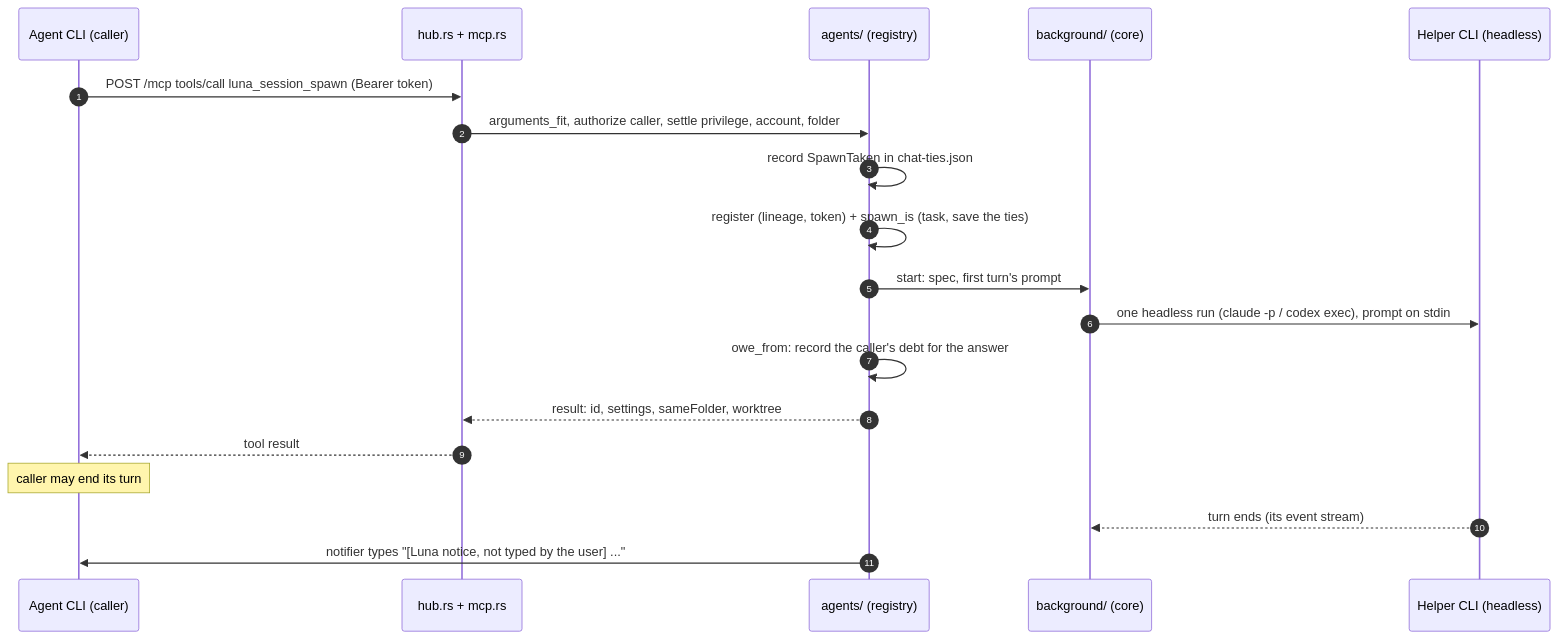
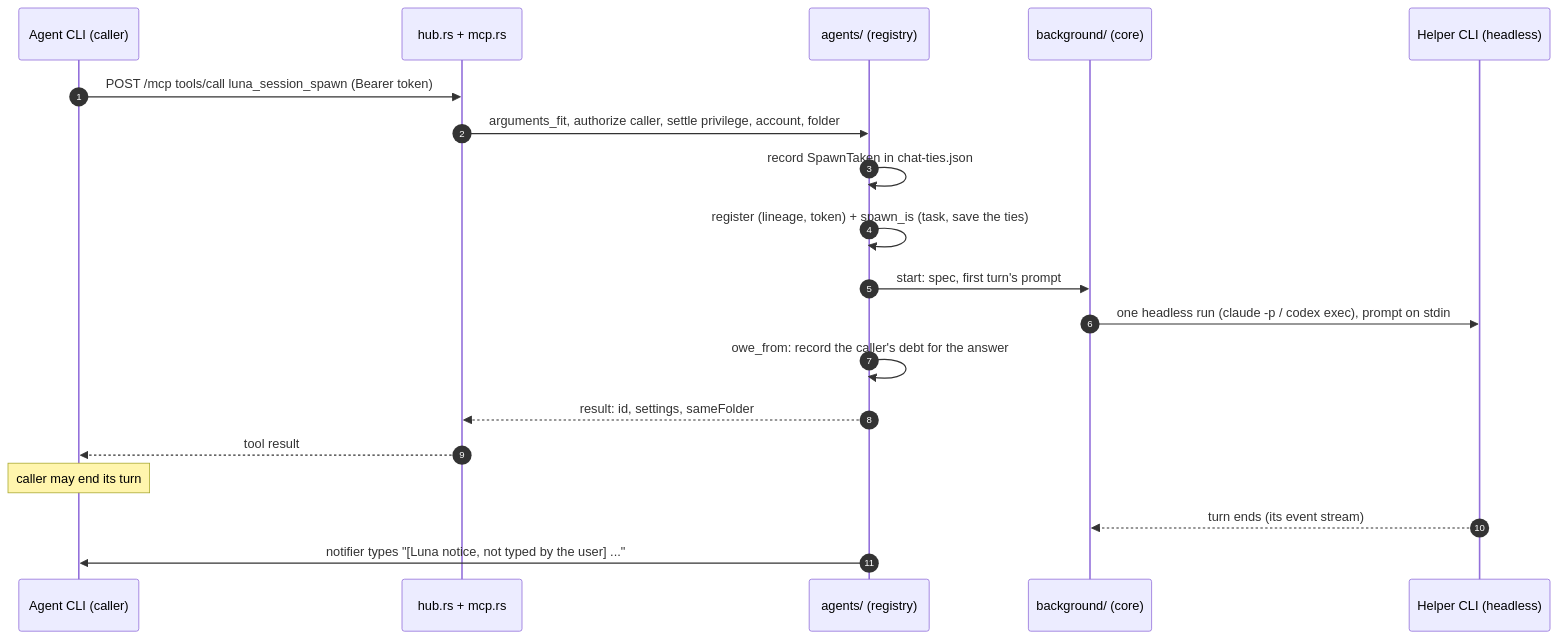
One commit to nrubinmosin/luna changed the second of 3 diagrams in docs/architecture/overview.md. Above: the diagram before and after it, drawn with Mermaid. The commit also changed other lines of this file and 121 other files, not shown here.

````diff
--- a/docs/architecture/overview.md
+++ b/docs/architecture/overview.md
@@ -117,22 +117,22 @@
 ```mermaid
 sequenceDiagram
   autonumber
   participant A as Agent CLI (caller)
   participant H as hub.rs + mcp.rs
   participant R as agents/ (registry)
   participant B as background/ (core)
   participant S as Helper CLI (headless)
 
   A->>H: POST /mcp tools/call luna_session_spawn (Bearer token)
   H->>R: arguments_fit, authorize caller, settle privilege, account, folder
   R->>R: record SpawnTaken in chat-ties.json
   R->>R: register (lineage, token) + spawn_is (task, save the ties)
   R->>B: start: spec, first turn's prompt
   B->>S: one headless run (claude -p / codex exec), prompt on stdin
   R->>R: owe_from: record the caller's debt for the answer
-  R-->>H: result: id, settings, sameFolder, worktree
+  R-->>H: result: id, settings, sameFolder
   H-->>A: tool result
   Note over A: caller may end its turn
   S-->>B: turn ends (its event stream)
   R->>A: notifier types "[Luna notice, not typed by the user] ..."
 ```
````
